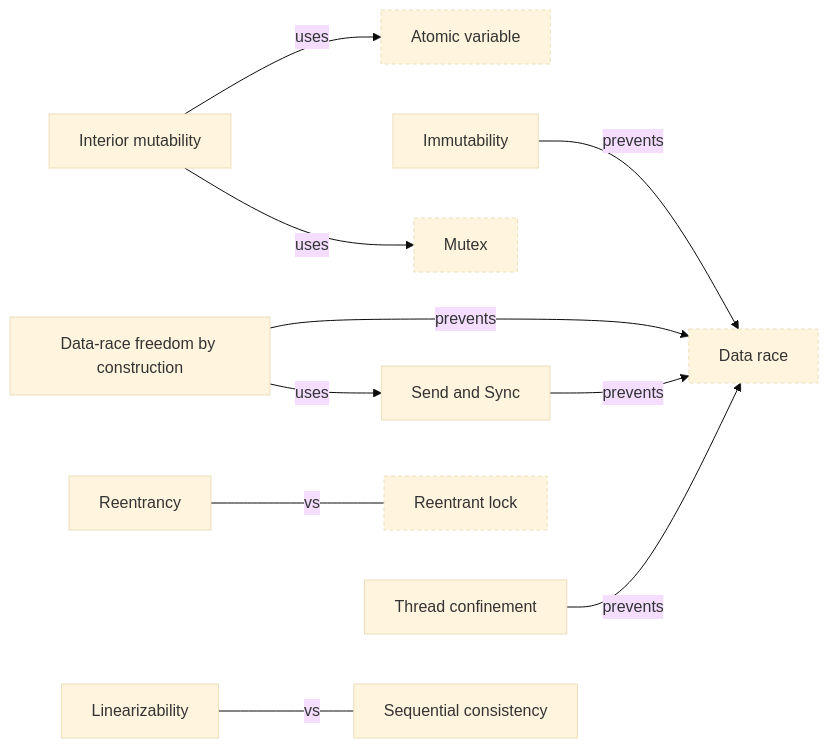
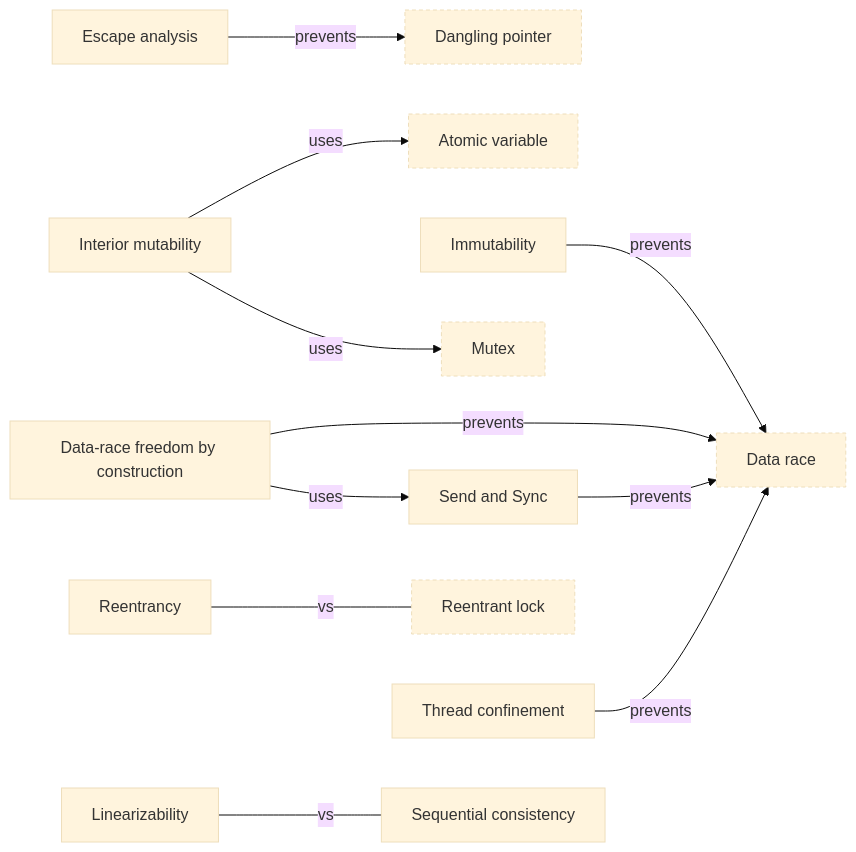
Diagram 11 of 14 in 11_Concepts/schema/README.md (masiarek/concurrency-learning-library), drawn with Mermaid (base theme) before and after one commit. The commit also changed other lines of this file and 44 other files, not shown here.

````diff
--- a/11_Concepts/schema/README.md
+++ b/11_Concepts/schema/README.md
@@ -590,26 +612,29 @@
 ```mermaid
 flowchart LR
   n_atomic_variable["Atomic variable"]
+  n_dangling_pointer["Dangling pointer"]
   n_data_race["Data race"]
   n_data_race_freedom["Data-race freedom by construction"]
+  n_escape_analysis["Escape analysis"]
   n_immutability["Immutability"]
   n_interior_mutability["Interior mutability"]
   n_linearizability["Linearizability"]
   n_mutex["Mutex"]
   n_reentrancy["Reentrancy"]
   n_reentrant_lock["Reentrant lock"]
   n_send_and_sync["Send and Sync"]
   n_sequential_consistency["Sequential consistency"]
   n_thread_confinement["Thread confinement"]
   n_data_race_freedom -->|prevents| n_data_race
   n_data_race_freedom -->|uses| n_send_and_sync
+  n_escape_analysis -->|prevents| n_dangling_pointer
   n_immutability -->|prevents| n_data_race
   n_interior_mutability -->|uses| n_atomic_variable
   n_interior_mutability -->|uses| n_mutex
   n_linearizability ---|vs| n_sequential_consistency
   n_reentrancy ---|vs| n_reentrant_lock
   n_send_and_sync -->|prevents| n_data_race
   n_thread_confinement -->|prevents| n_data_race
   classDef outside stroke-dasharray: 4 3
-  class n_atomic_variable,n_data_race,n_mutex,n_reentrant_lock outside
+  class n_atomic_variable,n_dangling_pointer,n_data_race,n_mutex,n_reentrant_lock outside
 ```
````
